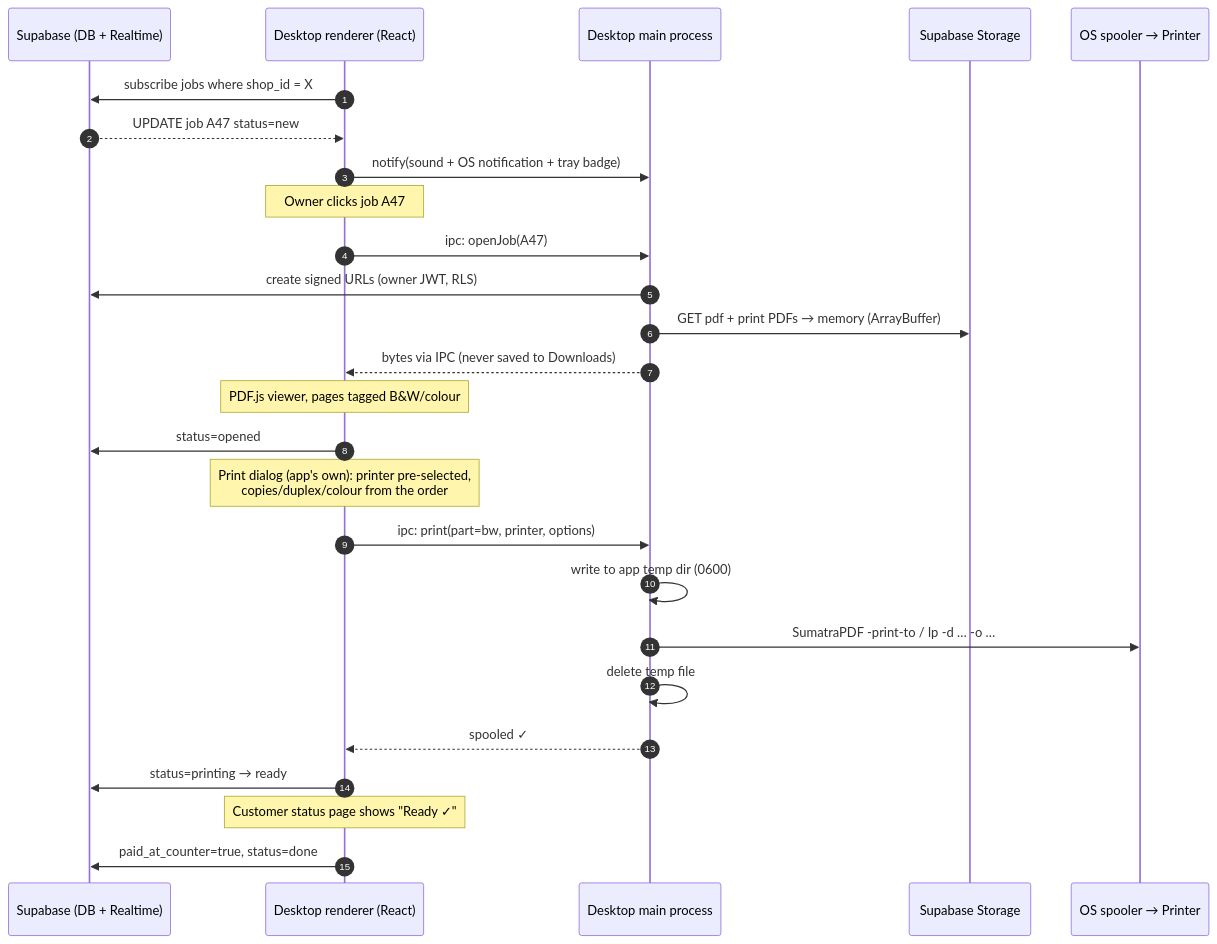
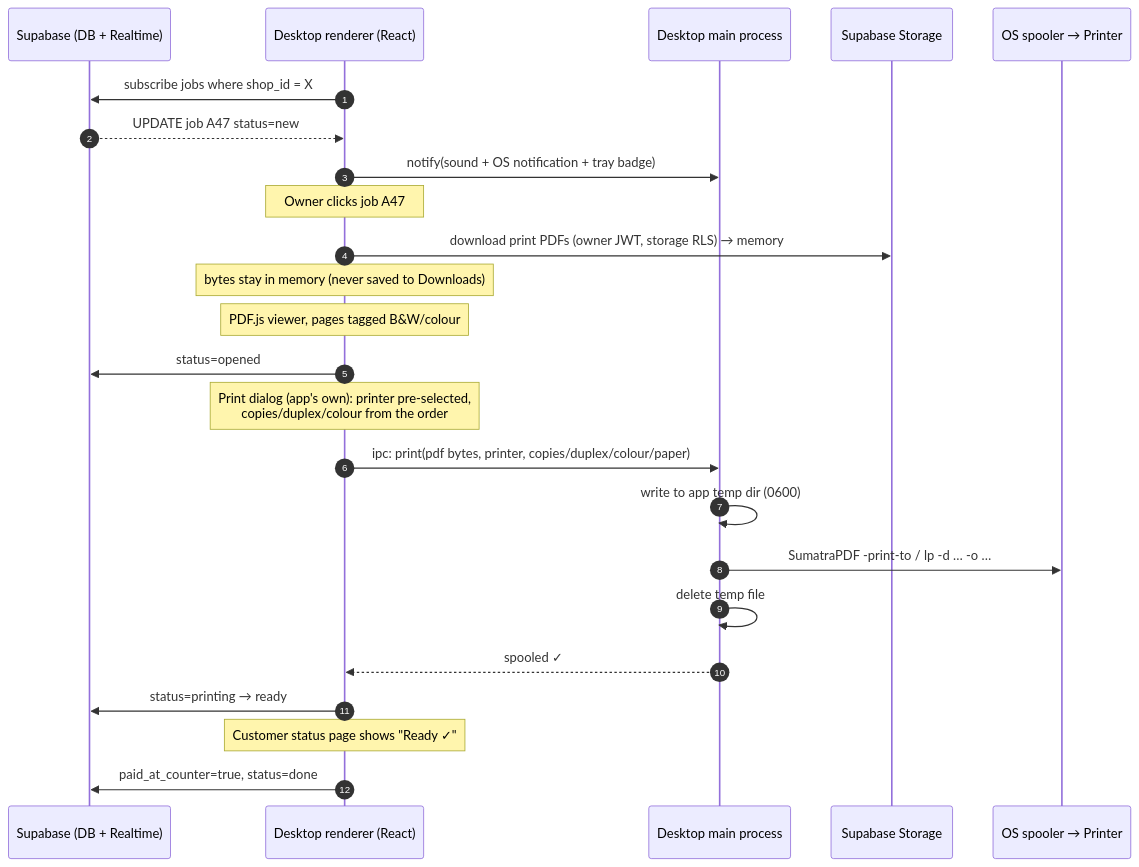
The fifth of 7 diagrams in ARCHITECTURE.md (amitsinghrawat777/The_print-s_project), drawn with Mermaid before and after one commit. The commit also changed 81 other files, not shown here.

First line of the commit message:
Add shop desktop app, customer order flow and brand assets

````diff
--- a/ARCHITECTURE.md
+++ b/ARCHITECTURE.md
@@ -316,29 +316,27 @@
 ```mermaid
 sequenceDiagram
     autonumber
     participant DB as Supabase (DB + Realtime)
     participant R as Desktop renderer (React)
     participant M as Desktop main process
     participant ST as Supabase Storage
     participant OS as OS spooler → Printer
 
     R->>DB: subscribe jobs where shop_id = X
     DB-->>R: UPDATE job A47 status=new
     R->>M: notify(sound + OS notification + tray badge)
     Note over R: Owner clicks job A47
-    R->>M: ipc: openJob(A47)
-    M->>DB: create signed URLs (owner JWT, RLS)
-    M->>ST: GET pdf + print PDFs → memory (ArrayBuffer)
-    M-->>R: bytes via IPC (never saved to Downloads)
+    R->>ST: download print PDFs (owner JWT, storage RLS) → memory
+    Note over R: bytes stay in memory (never saved to Downloads)
     Note over R: PDF.js viewer, pages tagged B&W/colour
     R->>DB: status=opened
     Note over R: Print dialog (app's own): printer pre-selected,<br/>copies/duplex/colour from the order
-    R->>M: ipc: print(part=bw, printer, options)
+    R->>M: ipc: print(pdf bytes, printer, copies/duplex/colour/paper)
     M->>M: write to app temp dir (0600)
     M->>OS: SumatraPDF -print-to / lp -d … -o …
     M->>M: delete temp file
     M-->>R: spooled ✓
     R->>DB: status=printing → ready
     Note over R: Customer status page shows "Ready ✓"
     R->>DB: paid_at_counter=true, status=done
 ```
````
